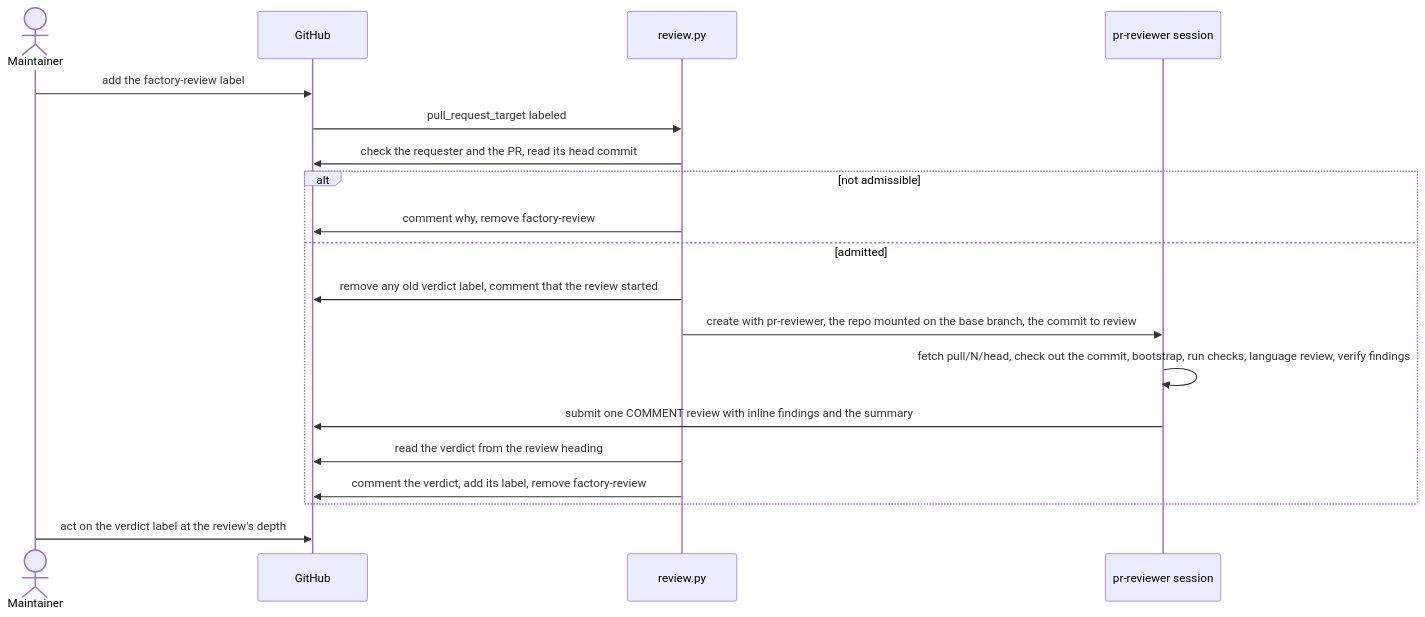
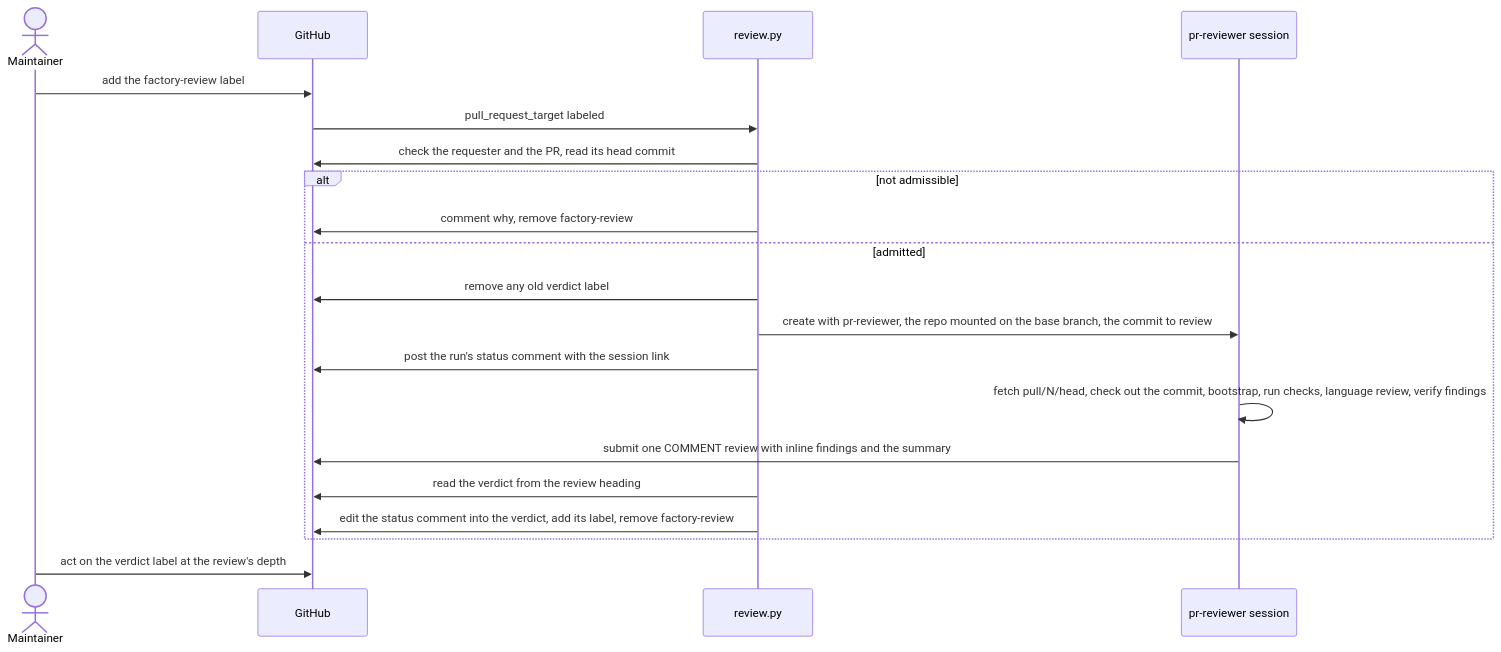
One commit to Arize-ai/openinference changed the fifth of 5 diagrams in factory/README.md. Above: the diagram before and after it, drawn with Mermaid. The commit also changed other lines of this file and 5 other files, not shown here.

Commit message:
feat(factory): one status comment per run and a review scorecard with status emoji (#4235)

````diff
--- a/factory/README.md
+++ b/factory/README.md
@@ -276,22 +277,23 @@
 ```mermaid
 sequenceDiagram
   actor maintainer as Maintainer
   participant github as GitHub
   participant review as review.py
   participant session as pr-reviewer session
 
   maintainer->>github: add the factory-review label
   github->>review: pull_request_target labeled
   review->>github: check the requester and the PR, read its head commit
   alt not admissible
     review->>github: comment why, remove factory-review
   else admitted
-    review->>github: remove any old verdict label, comment that the review started
+    review->>github: remove any old verdict label
     review->>session: create with pr-reviewer, the repo mounted on the base branch, the commit to review
+    review->>github: post the run's status comment with the session link
     session->>session: fetch pull/N/head, check out the commit, bootstrap, run checks, language review, verify findings
     session->>github: submit one COMMENT review with inline findings and the summary
     review->>github: read the verdict from the review heading
-    review->>github: comment the verdict, add its label, remove factory-review
+    review->>github: edit the status comment into the verdict, add its label, remove factory-review
   end
   maintainer->>github: act on the verdict label at the review's depth
 ```
````
